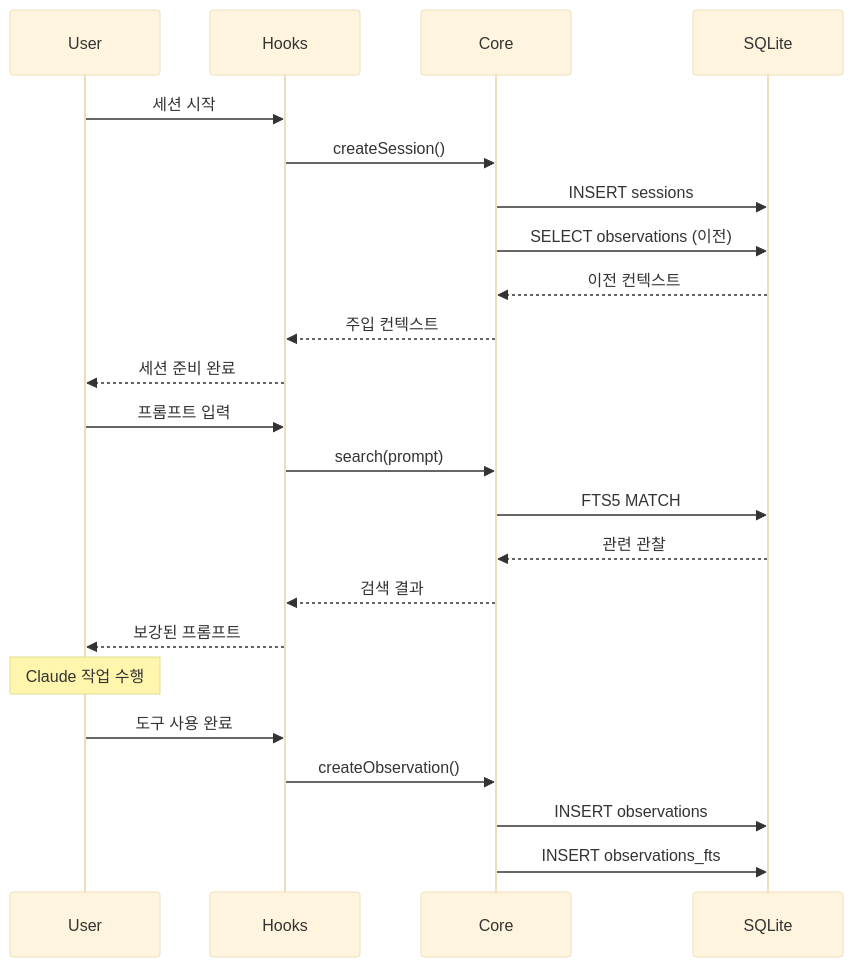
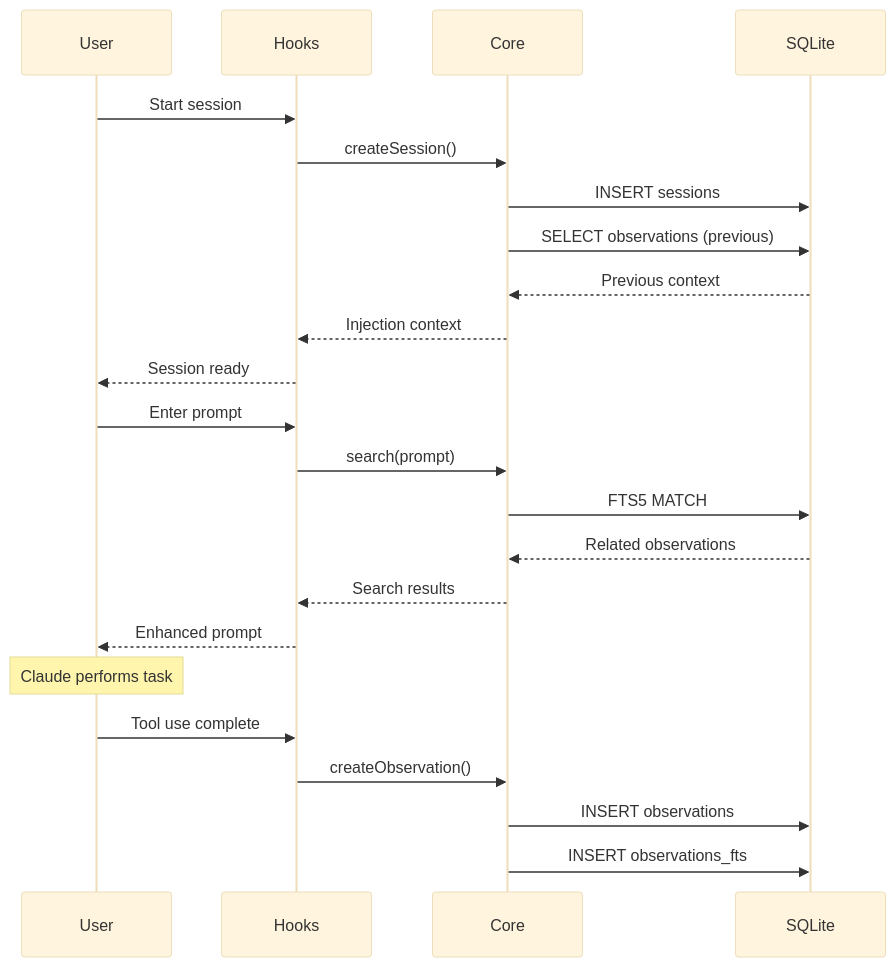
The seventh of 10 diagrams in docs/ARCHITECTURE.md (yeochul-jeon/ralph-mem), drawn with Mermaid (base theme) before and after one commit. The commit also changed other lines of this file and 26 other files, not shown here.

````diff
--- a/docs/ARCHITECTURE.md
+++ b/docs/ARCHITECTURE.md
@@ -299,29 +301,29 @@
 ```mermaid
 sequenceDiagram
     participant U as User
     participant H as Hooks
     participant C as Core
     participant DB as SQLite
 
-    U->>H: 세션 시작
+    U->>H: Start session
     H->>C: createSession()
     C->>DB: INSERT sessions
-    C->>DB: SELECT observations (이전)
-    DB-->>C: 이전 컨텍스트
-    C-->>H: 주입 컨텍스트
-    H-->>U: 세션 준비 완료
+    C->>DB: SELECT observations (previous)
+    DB-->>C: Previous context
+    C-->>H: Injection context
+    H-->>U: Session ready
 
-    U->>H: 프롬프트 입력
+    U->>H: Enter prompt
     H->>C: search(prompt)
     C->>DB: FTS5 MATCH
-    DB-->>C: 관련 관찰
-    C-->>H: 검색 결과
-    H-->>U: 보강된 프롬프트
+    DB-->>C: Related observations
+    C-->>H: Search results
+    H-->>U: Enhanced prompt
 
-    Note over U: Claude 작업 수행
+    Note over U: Claude performs task
 
-    U->>H: 도구 사용 완료
+    U->>H: Tool use complete
     H->>C: createObservation()
     C->>DB: INSERT observations
     C->>DB: INSERT observations_fts
 ```
````
